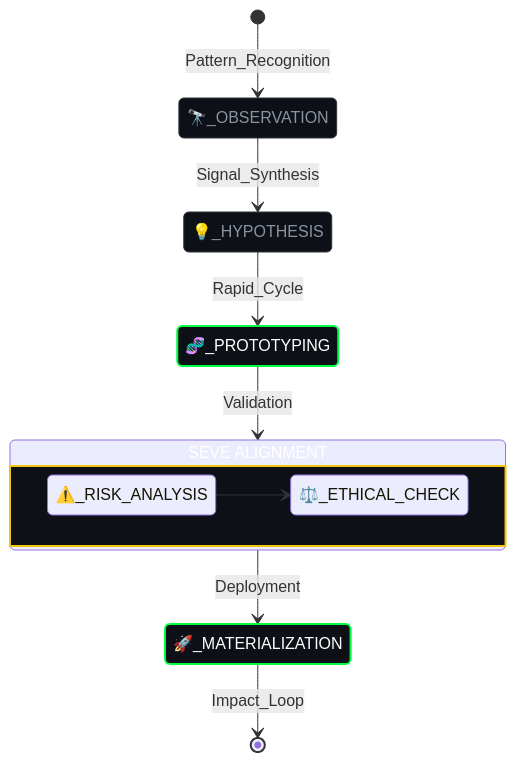
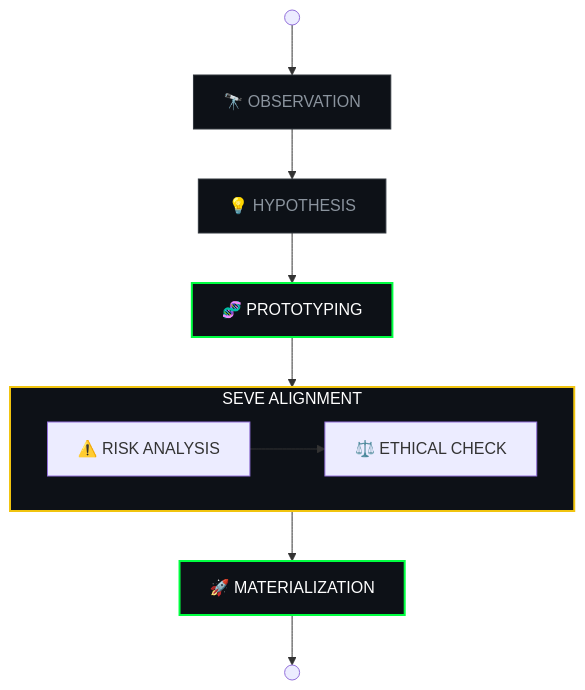
Before and after one commit to SH1W4/sh1w4: the second of 3 diagrams in README.md, drawn with Mermaid. The commit also changed other lines of this file, not shown here.

Commit message:
fix: refactor all mermaid diagrams to ultra-stable flowchart syntax

````diff
--- a/README.md
+++ b/README.md
@@ -176,19 +176,20 @@
 ```mermaid
-stateDiagram-v2
+flowchart TD
+    %% Themes & Styles
     classDef space fill:#0d1117,stroke:#30363d,stroke-width:1px,color:#8b949e;
     classDef active fill:#0d1117,stroke:#00ff41,stroke-width:2px,color:#fff;
     classDef check fill:#0d1117,stroke:#f1c40f,stroke-width:2px,color:#fff;
     
-    [*] --> 🔭_OBSERVATION:::space : Pattern_Recognition
-    🔭_OBSERVATION --> 💡_HYPOTHESIS:::space : Signal_Synthesis
-    💡_HYPOTHESIS --> 🧬_PROTOTYPING:::active : Rapid_Cycle
+    START(( )) --> OBS["🔭 OBSERVATION"]:::space
+    OBS --> HYP["💡 HYPOTHESIS"]:::space
+    HYP --> PROTO["🧬 PROTOTYPING"]:::active
     
-    state "SEVE ALIGNMENT" as GOV {
+    subgraph GOV ["SEVE ALIGNMENT"]
         direction LR
-        ⚠️_RISK_ANALYSIS --> ⚖️_ETHICAL_CHECK
-    }
+        RISK["⚠️ RISK ANALYSIS"] --> ETHIC["⚖️ ETHICAL CHECK"]
+    end
     
-    🧬_PROTOTYPING --> GOV:::check : Validation
-    GOV --> 🚀_MATERIALIZATION:::active : Deployment
-    🚀_MATERIALIZATION --> [*] : Impact_Loop
+    PROTO --> GOV:::check
+    GOV --> MAT["🚀 MATERIALIZATION"]:::active
+    MAT --> END(( ))
 ```
````
